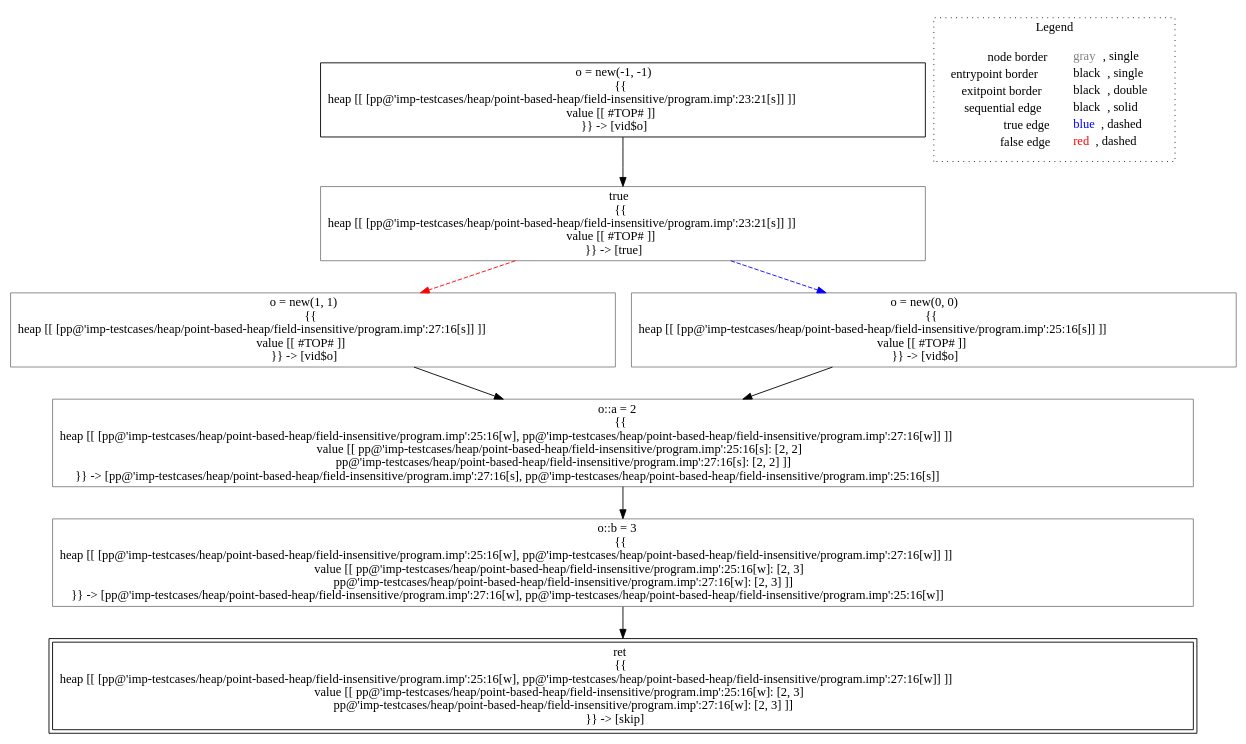
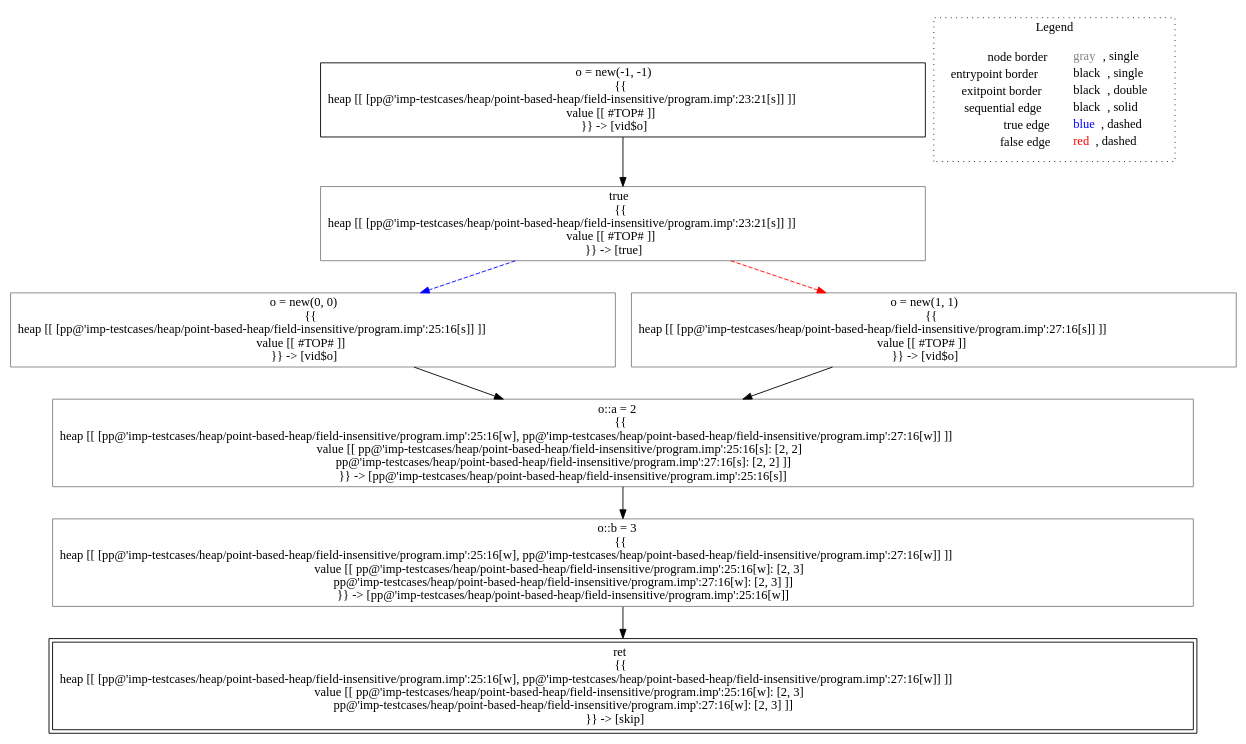
The diagram in lisa/imp-testcases/heap/point-based-heap/field-insensitive/analysis___untyped_A.f3(A_this).dot (lisa-analyzer/lisa), drawn with Graphviz before and after one commit. The commit also changed 7 other files, not shown here.

Commit message:
point-based with strong updates, analysis state lubs computed expressions taking into account weak property of identifiers

```diff
--- a/lisa/imp-testcases/heap/point-based-heap/field-insensitive/analysis___untyped_A.f3(A_this).dot
+++ b/lisa/imp-testcases/heap/point-based-heap/field-insensitive/analysis___untyped_A.f3(A_this).dot
@@ -1,23 +1,23 @@
 digraph {
 	"node0" [shape="rect",color="black",label=<o = new(-1, -1)<BR/>{{<BR/>heap [[ [pp@'imp-testcases/heap/point-based-heap/field-insensitive/program.imp':23:21[s]] ]]<BR/>value [[ #TOP# ]]<BR/>}} -&gt; [vid$o]>];
-	"node1" [shape="rect",color="gray",label=<true<BR/>{{<BR/>heap [[ [pp@'imp-testcases/heap/point-based-heap/field-insensitive/program.imp':23:21[s]] ]]<BR/>value [[ #TOP# ]]<BR/>}} -&gt; [true]>];
-	"node2" [shape="rect",color="gray",label=<o::b = 3<BR/>{{<BR/>heap [[ [pp@'imp-testcases/heap/point-based-heap/field-insensitive/program.imp':25:16[w], pp@'imp-testcases/heap/point-based-heap/field-insensitive/program.imp':27:16[w]] ]]<BR/>value [[ pp@'imp-testcases/heap/point-based-heap/field-insensitive/program.imp':25:16[w]: [2, 3]<BR/>pp@'imp-testcases/heap/point-based-heap/field-insensitive/program.imp':27:16[w]: [2, 3] ]]<BR/>}} -&gt; [pp@'imp-testcases/heap/point-based-heap/field-insensitive/program.imp':27:16[w], pp@'imp-testcases/heap/point-based-heap/field-insensitive/program.imp':25:16[w]]>];
-	"node3" [shape="rect",color="gray",label=<o::a = 2<BR/>{{<BR/>heap [[ [pp@'imp-testcases/heap/point-based-heap/field-insensitive/program.imp':25:16[w], pp@'imp-testcases/heap/point-based-heap/field-insensitive/program.imp':27:16[w]] ]]<BR/>value [[ pp@'imp-testcases/heap/point-based-heap/field-insensitive/program.imp':25:16[s]: [2, 2]<BR/>pp@'imp-testcases/heap/point-based-heap/field-insensitive/program.imp':27:16[s]: [2, 2] ]]<BR/>}} -&gt; [pp@'imp-testcases/heap/point-based-heap/field-insensitive/program.imp':27:16[s], pp@'imp-testcases/heap/point-based-heap/field-insensitive/program.imp':25:16[s]]>];
+	"node1" [shape="rect",color="gray",label=<o::a = 2<BR/>{{<BR/>heap [[ [pp@'imp-testcases/heap/point-based-heap/field-insensitive/program.imp':25:16[w], pp@'imp-testcases/heap/point-based-heap/field-insensitive/program.imp':27:16[w]] ]]<BR/>value [[ pp@'imp-testcases/heap/point-based-heap/field-insensitive/program.imp':25:16[s]: [2, 2]<BR/>pp@'imp-testcases/heap/point-based-heap/field-insensitive/program.imp':27:16[s]: [2, 2] ]]<BR/>}} -&gt; [pp@'imp-testcases/heap/point-based-heap/field-insensitive/program.imp':25:16[s]]>];
+	"node2" [shape="rect",color="black",peripheries="2",label=<ret<BR/>{{<BR/>heap [[ [pp@'imp-testcases/heap/point-based-heap/field-insensitive/program.imp':25:16[w], pp@'imp-testcases/heap/point-based-heap/field-insensitive/program.imp':27:16[w]] ]]<BR/>value [[ pp@'imp-testcases/heap/point-based-heap/field-insensitive/program.imp':25:16[w]: [2, 3]<BR/>pp@'imp-testcases/heap/point-based-heap/field-insensitive/program.imp':27:16[w]: [2, 3] ]]<BR/>}} -&gt; [skip]>];
+	"node3" [shape="rect",color="gray",label=<o = new(0, 0)<BR/>{{<BR/>heap [[ [pp@'imp-testcases/heap/point-based-heap/field-insensitive/program.imp':25:16[s]] ]]<BR/>value [[ #TOP# ]]<BR/>}} -&gt; [vid$o]>];
 	"node4" [shape="rect",color="gray",label=<o = new(1, 1)<BR/>{{<BR/>heap [[ [pp@'imp-testcases/heap/point-based-heap/field-insensitive/program.imp':27:16[s]] ]]<BR/>value [[ #TOP# ]]<BR/>}} -&gt; [vid$o]>];
-	"node5" [shape="rect",color="gray",label=<o = new(0, 0)<BR/>{{<BR/>heap [[ [pp@'imp-testcases/heap/point-based-heap/field-insensitive/program.imp':25:16[s]] ]]<BR/>value [[ #TOP# ]]<BR/>}} -&gt; [vid$o]>];
-	"node6" [shape="rect",color="black",peripheries="2",label=<ret<BR/>{{<BR/>heap [[ [pp@'imp-testcases/heap/point-based-heap/field-insensitive/program.imp':25:16[w], pp@'imp-testcases/heap/point-based-heap/field-insensitive/program.imp':27:16[w]] ]]<BR/>value [[ pp@'imp-testcases/heap/point-based-heap/field-insensitive/program.imp':25:16[w]: [2, 3]<BR/>pp@'imp-testcases/heap/point-based-heap/field-insensitive/program.imp':27:16[w]: [2, 3] ]]<BR/>}} -&gt; [skip]>];
-	"node1" -> "node4" [color="red",style="dashed"];
-	"node1" -> "node5" [color="blue",style="dashed"];
-	"node2" -> "node6" [color="black"];
-	"node3" -> "node2" [color="black"];
-	"node0" -> "node1" [color="black"];
-	"node4" -> "node3" [color="black"];
-	"node5" -> "node3" [color="black"];
+	"node5" [shape="rect",color="gray",label=<true<BR/>{{<BR/>heap [[ [pp@'imp-testcases/heap/point-based-heap/field-insensitive/program.imp':23:21[s]] ]]<BR/>value [[ #TOP# ]]<BR/>}} -&gt; [true]>];
+	"node6" [shape="rect",color="gray",label=<o::b = 3<BR/>{{<BR/>heap [[ [pp@'imp-testcases/heap/point-based-heap/field-insensitive/program.imp':25:16[w], pp@'imp-testcases/heap/point-based-heap/field-insensitive/program.imp':27:16[w]] ]]<BR/>value [[ pp@'imp-testcases/heap/point-based-heap/field-insensitive/program.imp':25:16[w]: [2, 3]<BR/>pp@'imp-testcases/heap/point-based-heap/field-insensitive/program.imp':27:16[w]: [2, 3] ]]<BR/>}} -&gt; [pp@'imp-testcases/heap/point-based-heap/field-insensitive/program.imp':25:16[w]]>];
+	"node1" -> "node6" [color="black"];
+	"node3" -> "node1" [color="black"];
+	"node4" -> "node1" [color="black"];
+	"node5" -> "node3" [color="blue",style="dashed"];
+	"node5" -> "node4" [color="red",style="dashed"];
+	"node0" -> "node5" [color="black"];
+	"node6" -> "node2" [color="black"];
 subgraph cluster_legend {
 	label="Legend";
 	style=dotted;
 	node [shape=plaintext];
 	"legend" [label=<<table border="0" cellpadding="2" cellspacing="0" cellborder="0"><tr><td align="right">node border&nbsp;</td><td align="left"><font color="gray">gray</font>, single</td></tr><tr><td align="right">entrypoint border&nbsp;</td><td align="left"><font color="black">black</font>, single</td></tr><tr><td align="right">exitpoint border&nbsp;</td><td align="left"><font color="black">black</font>, double</td></tr><tr><td align="right">sequential edge&nbsp;</td><td align="left"><font color="black">black</font>, solid</td></tr><tr><td align="right">true edge&nbsp;</td><td align="left"><font color="blue">blue</font>, dashed</td></tr><tr><td align="right">false edge&nbsp;</td><td align="left"><font color="red">red</font>, dashed</td></tr></table>>];
 }
 
 }
```
